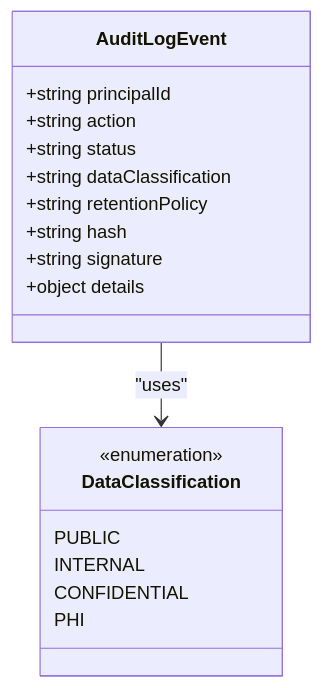
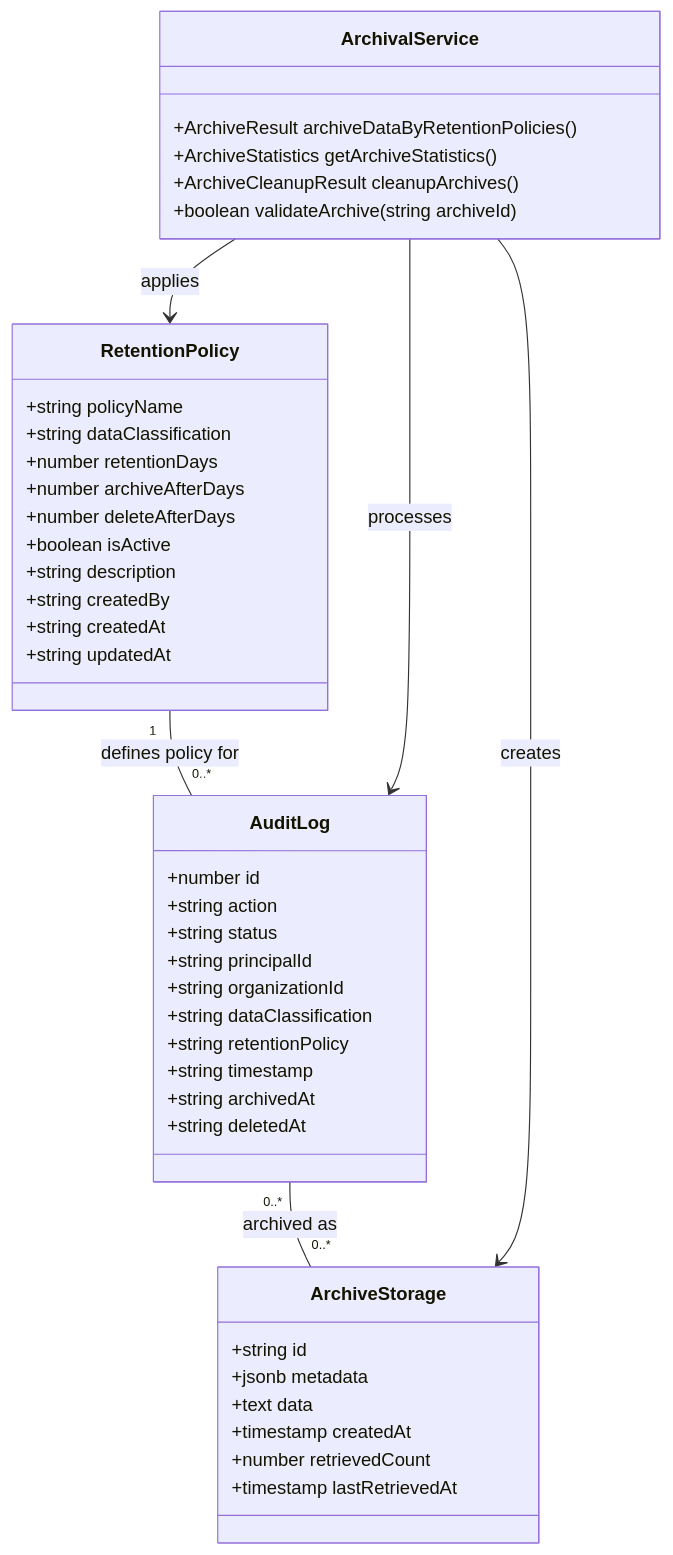
The second of 6 diagrams in .qoder/repowiki/en/content/Audit System Enhancements Specifications.md (smedrec/smart-logs), drawn with Mermaid before and after one commit. The commit also changed other lines of this file and 7 other files, not shown here.

First line of the commit message:
docs(audit-client): update comprehensive documentation and architecture overview

````diff
--- a/.qoder/repowiki/en/content/Audit System Enhancements Specifications.md
+++ b/.qoder/repowiki/en/content/Audit System Enhancements Specifications.md
@@ -373,21 +96,46 @@
 ```mermaid
 classDiagram
-class AuditLogEvent {
-+string principalId
+class RetentionPolicy {
++string policyName
++string dataClassification
++number retentionDays
++number archiveAfterDays
++number deleteAfterDays
++boolean isActive
++string description
++string createdBy
++string createdAt
++string updatedAt
+}
+class AuditLog {
++number id
 +string action
 +string status
++string principalId
++string organizationId
 +string dataClassification
 +string retentionPolicy
-+string hash
-+string signature
-+object details
++string timestamp
++string archivedAt
++string deletedAt
 }
-class DataClassification {
-<<enumeration>>
-PUBLIC
-INTERNAL
-CONFIDENTIAL
-PHI
+class ArchiveStorage {
++string id
++jsonb metadata
++text data
++timestamp createdAt
++number retrievedCount
++timestamp lastRetrievedAt
 }
-AuditLogEvent --> DataClassification : "uses"
+class ArchivalService {
++ArchiveResult archiveDataByRetentionPolicies()
++ArchiveStatistics getArchiveStatistics()
++ArchiveCleanupResult cleanupArchives()
++boolean validateArchive(string archiveId)
+}
+RetentionPolicy "1" -- "0..*" AuditLog : defines policy for
+AuditLog "0..*" -- "0..*" ArchiveStorage : archived as
+ArchivalService --> AuditLog : processes
+ArchivalService --> ArchiveStorage : creates
+ArchivalService --> RetentionPolicy : applies
 ```
````
